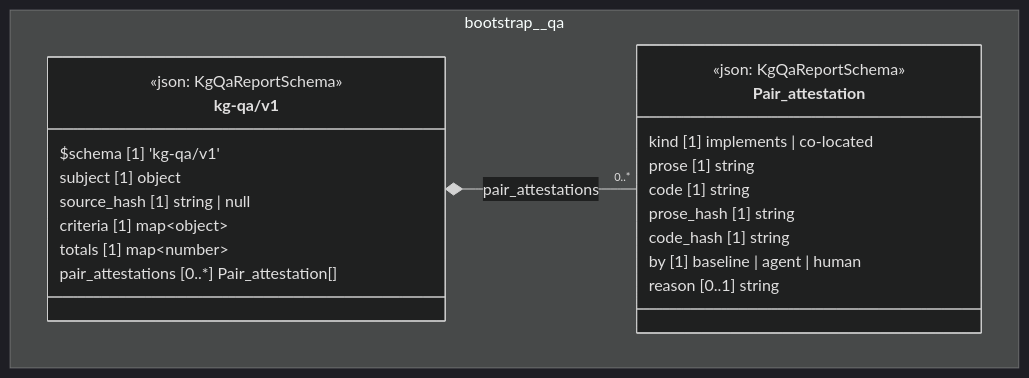
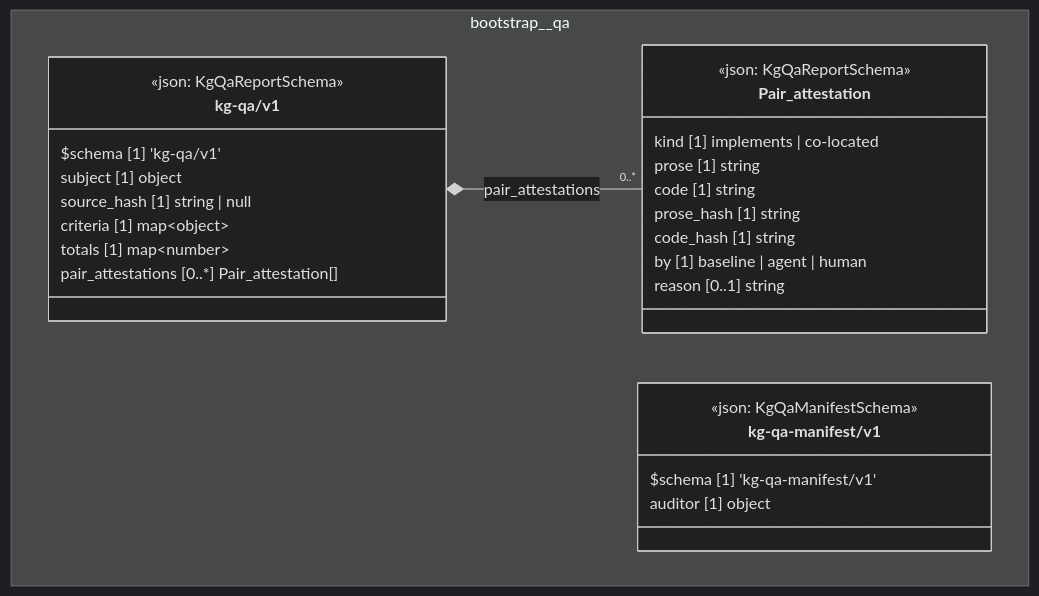
The diagram in cat-harness/docs/uml/overview/bootstrap/qa.md (litlfred/folio-assistant), drawn with Mermaid (dark theme) before and after one commit. The commit also changed other lines of this file and 275 other files, not shown here.

````diff
--- a/cat-harness/docs/uml/overview/bootstrap/qa.md
+++ b/cat-harness/docs/uml/overview/bootstrap/qa.md
@@ -42,28 +42,34 @@
 ```mermaid
 classDiagram
   direction TB
   namespace bootstrap__qa {
     class bootstrap_qa_kg_qa_v1_Pair_attestation["Pair_attestation"] {
       <<json: KgQaReportSchema>>
       kind [1] implements | co-located
       prose [1] string
       code [1] string
       prose_hash [1] string
       code_hash [1] string
       by [1] baseline | agent | human
       reason [0..1] string
     }
     class bootstrap_qa_kg_qa_v1_kg_qa_v1["kg-qa/v1"] {
       <<json: KgQaReportSchema>>
       $schema [1] 'kg-qa/v1'
       subject [1] object
       source_hash [1] string | null
       criteria [1] map~object~
       totals [1] map~number~
       pair_attestations [0..*] Pair_attestation[]
     }
+    class bootstrap_qa_kg_qa_manifest_v1_kg_qa_manifest_v1["kg-qa-manifest/v1"] {
+      <<json: KgQaManifestSchema>>
+      $schema [1] 'kg-qa-manifest/v1'
+      auditor [1] object
+    }
   }
   bootstrap_qa_kg_qa_v1_kg_qa_v1 *-- "0..*" bootstrap_qa_kg_qa_v1_Pair_attestation : pair_attestations
   cssClass "bootstrap_qa_kg_qa_v1_Pair_attestation" fa_uml_kind_qa
   cssClass "bootstrap_qa_kg_qa_v1_kg_qa_v1" fa_uml_kind_qa
+  cssClass "bootstrap_qa_kg_qa_manifest_v1_kg_qa_manifest_v1" fa_uml_kind_qa
 ```
````
